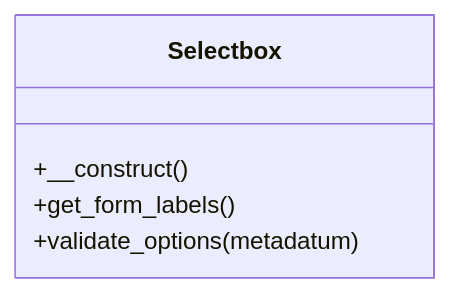
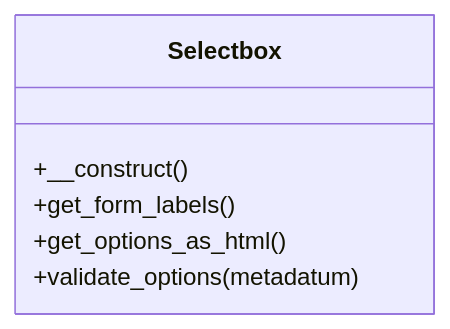
One commit to tainacan/tainacan changed the diagram in docs/phpdoc/classes/Tainacan/Metadata_Types/Selectbox.mmd. Above: the diagram before and after it, drawn with Mermaid. The commit also changed 4 other files, not shown here.

```diff
--- a/docs/phpdoc/classes/Tainacan/Metadata_Types/Selectbox.mmd
+++ b/docs/phpdoc/classes/Tainacan/Metadata_Types/Selectbox.mmd
@@ -1,7 +1,8 @@
 classDiagram
     direction TB
     class Selectbox {
         +__construct()
         +get_form_labels()
+        +get_options_as_html()
         +validate_options(metadatum)
     }
```
